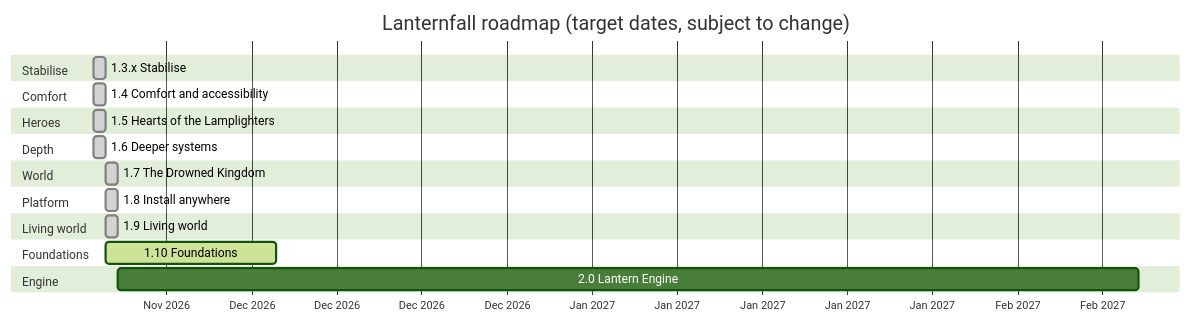
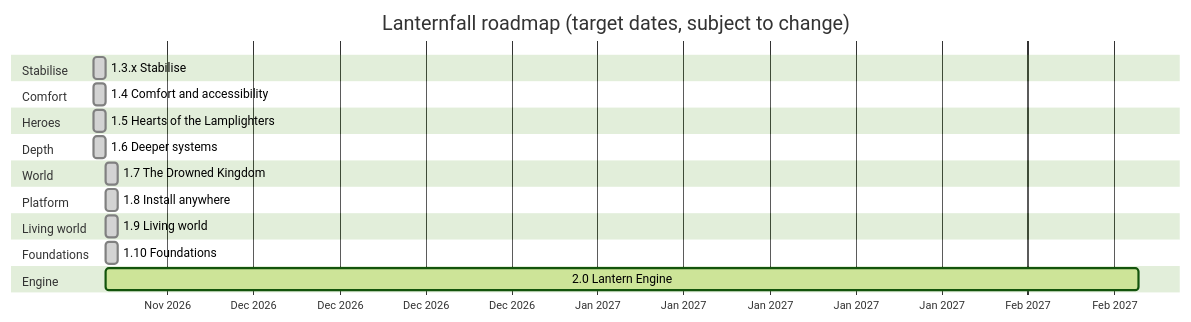
One commit to CptNope/Laternfall changed the third of 11 diagrams in ROADMAP.md. Above: the diagram before and after it, drawn with Mermaid (forest theme). The commit also changed other lines of this file and 25 other files, not shown here.

````diff
--- a/ROADMAP.md
+++ b/ROADMAP.md
@@ -99,24 +99,24 @@
 ```mermaid
 gantt
     title Lanternfall roadmap (target dates, subject to change)
     dateFormat YYYY-MM-DD
     axisFormat %b %Y
     section Stabilise
     1.3.x Stabilise                  :done, m13, 2026-11-23, 1d
     section Comfort
     1.4 Comfort and accessibility    :done, m14, 2026-11-23, 1d
     section Heroes
     1.5 Hearts of the Lamplighters   :done, m15, 2026-11-23, 1d
     section Depth
     1.6 Deeper systems               :done, m16, 2026-11-23, 1d
     section World
     1.7 The Drowned Kingdom          :done, m17, 2026-11-24, 1d
     section Platform
     1.8 Install anywhere             :done, m18, 2026-11-24, 1d
     section Living world
     1.9 Living world                 :done, m19, 2026-11-24, 1d
     section Foundations
-    1.10 Foundations                 :active, m110, 2026-11-24, 2w
+    1.10 Foundations                 :done, m110, 2026-11-24, 1d
     section Engine
-    2.0 Lantern Engine               :m20, after m17, 12w
+    2.0 Lantern Engine               :active, m20, 2026-11-24, 12w
 ```
````
